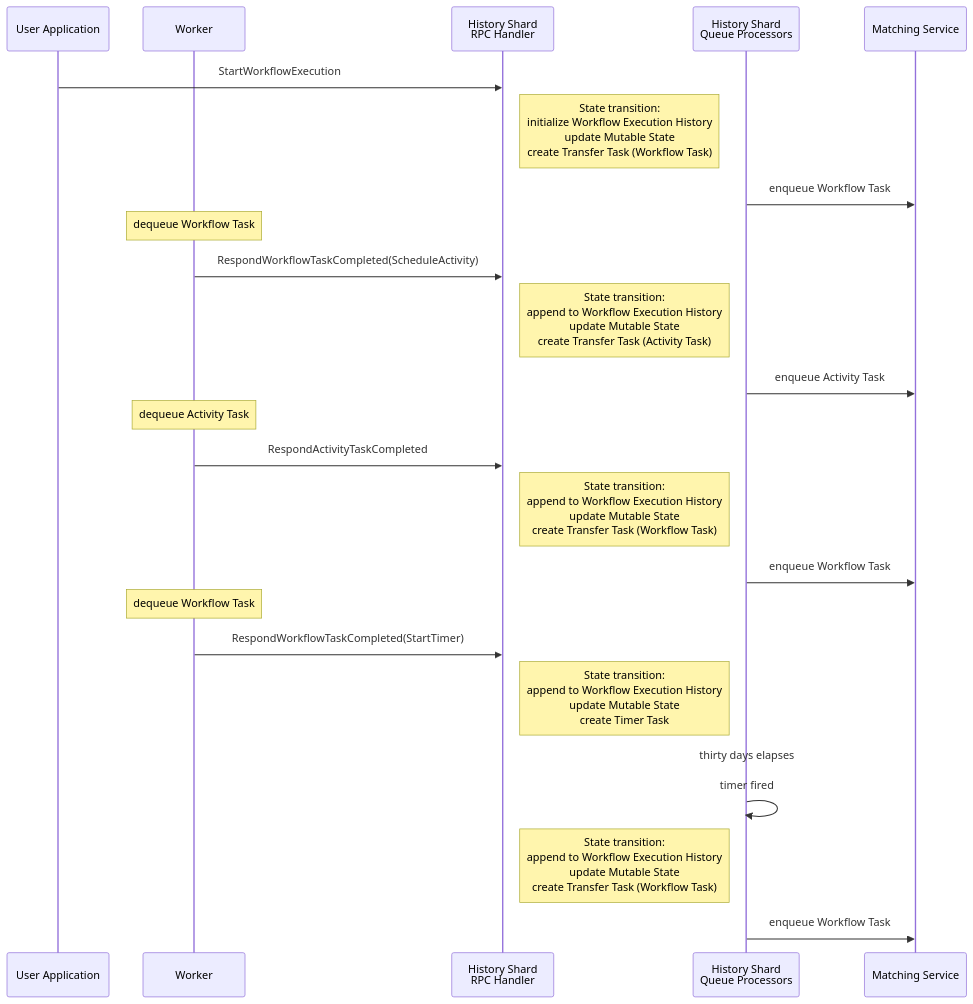
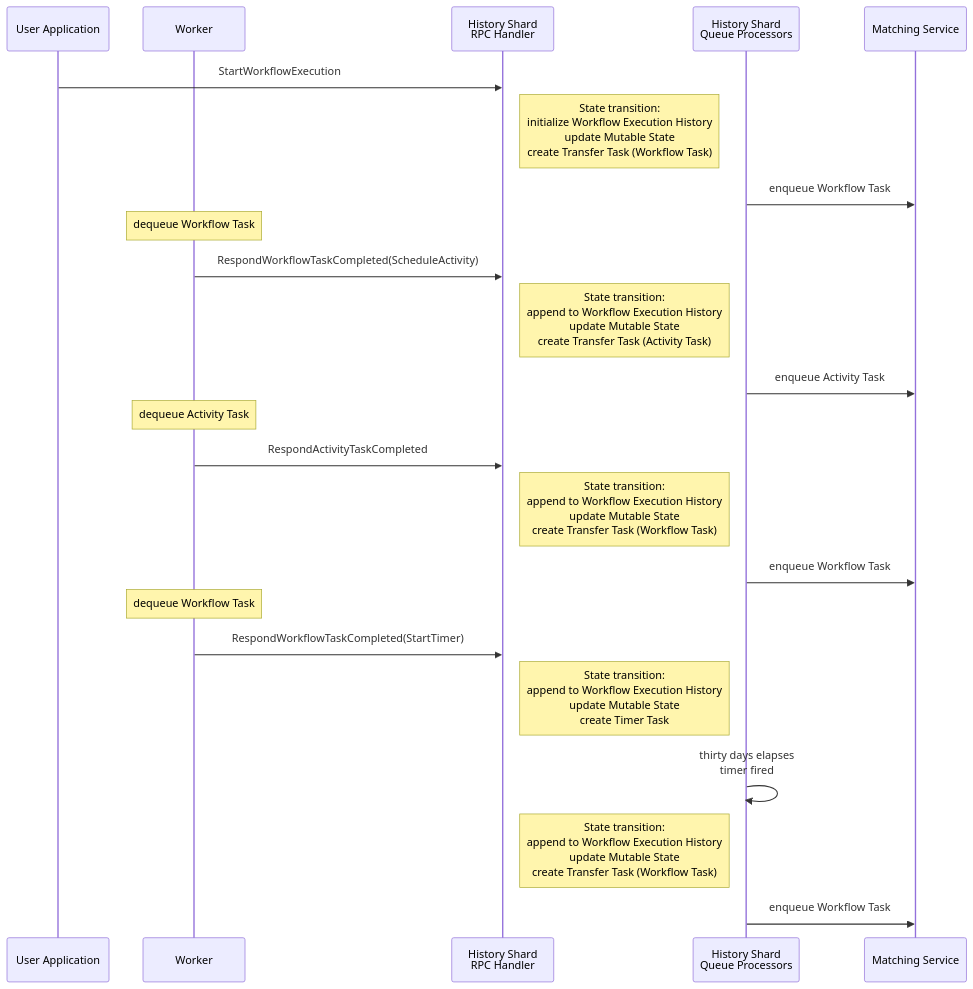
Before and after one commit to temporalio/temporal: the first of 2 diagrams in docs/history-service.md, drawn with Mermaid.

Commit message:
Fix sequence diagram rendering

````diff
--- a/docs/history-service.md
+++ b/docs/history-service.md
@@ -33,31 +33,31 @@
 ```mermaid
 sequenceDiagram
 
 participant app as User Application
 participant worker as Worker
 participant handler as History Shard<br>RPC Handler
 participant qp as History Shard<br>Queue Processors
 participant matching as Matching Service
 
 app->>handler: StartWorkflowExecution
 note right of handler: State transition:<br>initialize Workflow Execution History<br>update Mutable State<br>create Transfer Task (Workflow Task)
 qp->>matching: enqueue Workflow Task
 
 note over worker: dequeue Workflow Task
 worker->>handler: RespondWorkflowTaskCompleted(ScheduleActivity)
 note right of handler: State transition:<br>append to Workflow Execution History<br>update Mutable State<br>create Transfer Task (Activity Task)
 qp->>matching: enqueue Activity Task
 
 note over worker: dequeue Activity Task
 worker->>handler: RespondActivityTaskCompleted
 note right of handler: State transition:<br>append to Workflow Execution History<br>update Mutable State<br>create Transfer Task (Workflow Task)
 qp->>matching: enqueue Workflow Task
 
 note over worker: dequeue Workflow Task
 worker->>handler: RespondWorkflowTaskCompleted(StartTimer)
 note right of handler: State transition:<br>append to Workflow Execution History<br>update Mutable State<br>create Timer Task
 
-qp->>qp: thirty days elapses<br><br>timer fired
+qp->>qp: thirty days elapses<br>timer fired
 note right of handler: State transition:<br>append to Workflow Execution History<br>update Mutable State<br>create Transfer Task (Workflow Task)
 qp->>matching: enqueue Workflow Task
 ```
````
